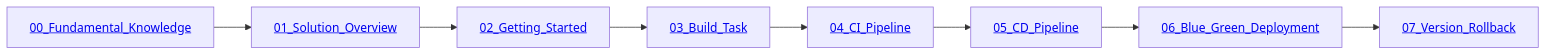
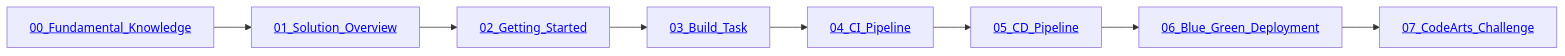
One commit to Huawei-APAC-Professional-Services/hwcloud-codearts-workshop-v2 changed the diagram in README.md. Above: the diagram before and after it, drawn with Mermaid. The commit also changed other lines of this file and 1 other file, not shown here.

````diff
--- a/README.md
+++ b/README.md
@@ -50,18 +50,18 @@
 ```mermaid
 flowchart LR
     00_Fundamental_Knowledge[<a href='https://github.com/Huawei-APAC-Professional-Services/hwcloud-codearts-workshop-v2/blob/main/workshop/00_Fundamental_Knowledge.md'>00_Fundamental_Knowledge</a>]
 
     00_Fundamental_Knowledge --> 01_Solution_Overview[<a href='https://github.com/Huawei-APAC-Professional-Services/hwcloud-codearts-workshop-v2/blob/main/workshop/01_Solution_Overview.md'>01_Solution_Overview</a>]
 
     01_Solution_Overview --> 02_Getting_Started[<a href='https://github.com/Huawei-APAC-Professional-Services/hwcloud-codearts-workshop-v2/blob/main/workshop/02_Getting_Started.md'>02_Getting_Started</a>]
 
     02_Getting_Started --> 03_Build_Task[<a href='https://github.com/Huawei-APAC-Professional-Services/hwcloud-codearts-workshop-v2/blob/main/workshop/03_Configure_Build_Task.md'>03_Build_Task</a>]
 
     03_Build_Task --> 04_CI_Pipeline[<a href='https://github.com/Huawei-APAC-Professional-Services/hwcloud-codearts-workshop-v2/blob/main/workshop/04_Configure_CI_Pipeline.md'>04_CI_Pipeline</a>]
 
     04_CI_Pipeline --> 05_CD_Pipeline[<a href='https://github.com/Huawei-APAC-Professional-Services/hwcloud-codearts-workshop-v2/blob/main/workshop/05_Configure_CD_Pipeline.md'>05_CD_Pipeline</a>]
 
     05_CD_Pipeline --> 06_Blue_Green_Deployment[<a href='https://github.com/Huawei-APAC-Professional-Services/hwcloud-codearts-workshop-v2/blob/main/workshop/06_Blue_Green_Deployment.md'>06_Blue_Green_Deployment</a>]
 
-    06_Blue_Green_Deployment --> 07_Version_Rollback[<a href='https://github.com/Huawei-APAC-Professional-Services/hwcloud-codearts-workshop-v2/blob/main/workshop/07_Version_Control_Rollback.md'>07_Version_Rollback</a>]
+    06_Blue_Green_Deployment --> 07_CodeArts_Challenge[<a href='https://github.com/Huawei-APAC-Professional-Services/hwcloud-codearts-workshop-v2/blob/main/workshop/07_Version_Control_Rollback.md'>07_CodeArts_Challenge</a>]
 ```
````
